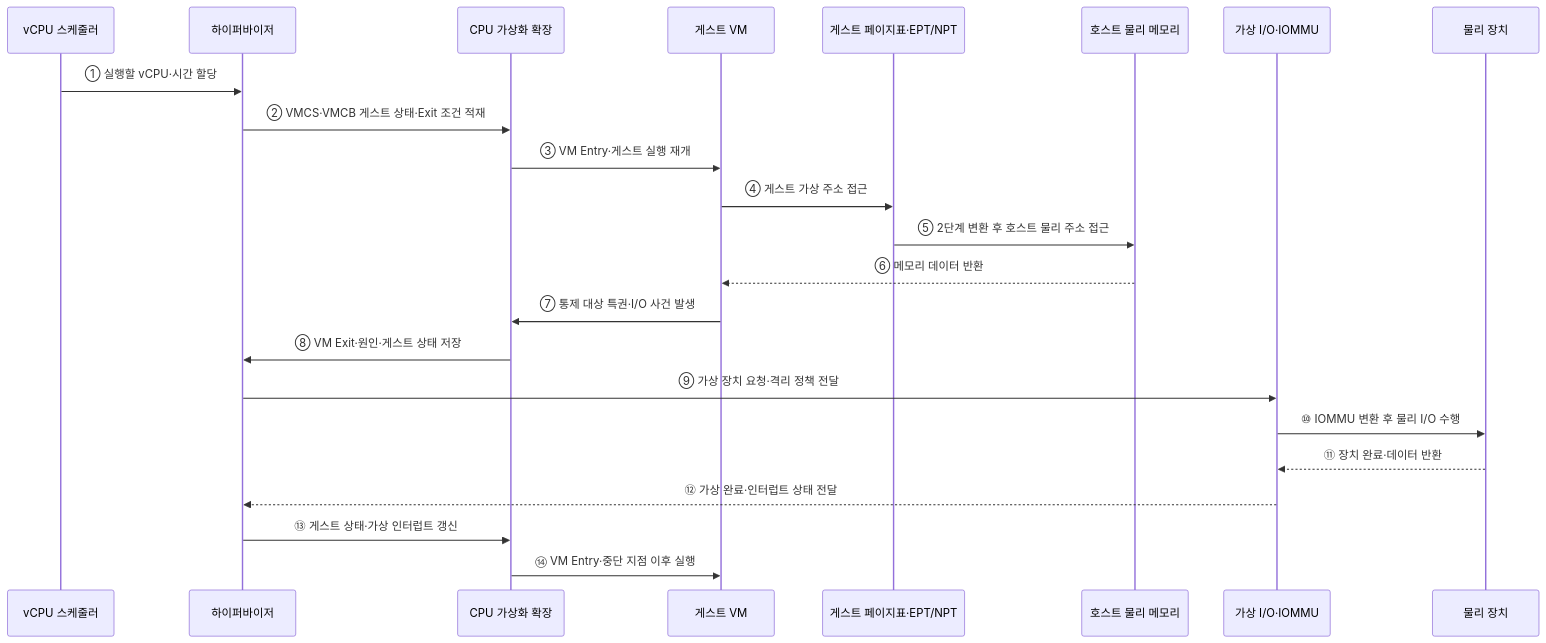
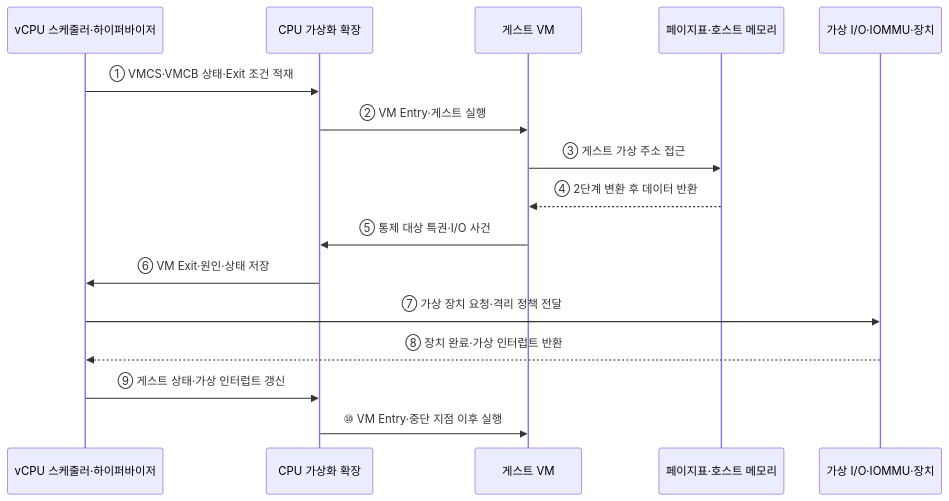
One commit to agnusdei1207/knowledge-base changed the second of 2 diagrams in src/content/docs/notes/02-hardware/085_hardware_virtualization.md. Above: the diagram before and after it, drawn with Mermaid. The commit also changed other lines of this file and 14 other files, not shown here.

````diff
--- a/src/content/docs/notes/02-hardware/085_hardware_virtualization.md
+++ b/src/content/docs/notes/02-hardware/085_hardware_virtualization.md
@@ -108,26 +99,19 @@
 ```mermaid
 sequenceDiagram
-    participant S as vCPU 스케줄러
-    participant H as 하이퍼바이저
+    participant S as vCPU 스케줄러·하이퍼바이저
     participant C as CPU 가상화 확장
     participant G as 게스트 VM
-    participant M as 게스트 페이지표·EPT/NPT
-    participant P as 호스트 물리 메모리
-    participant I as 가상 I/O·IOMMU
-    participant D as 물리 장치
+    participant M as 페이지표·호스트 메모리
+    participant I as 가상 I/O·IOMMU·장치
 
-    S->>H: ① 실행할 vCPU·시간 할당
-    H->>C: ② VMCS·VMCB 게스트 상태·Exit 조건 적재
-    C->>G: ③ VM Entry·게스트 실행 재개
-    G->>M: ④ 게스트 가상 주소 접근
-    M->>P: ⑤ 2단계 변환 후 호스트 물리 주소 접근
-    P-->>G: ⑥ 메모리 데이터 반환
-    G->>C: ⑦ 통제 대상 특권·I/O 사건 발생
-    C->>H: ⑧ VM Exit·원인·게스트 상태 저장
-    H->>I: ⑨ 가상 장치 요청·격리 정책 전달
-    I->>D: ⑩ IOMMU 변환 후 물리 I/O 수행
-    D-->>I: ⑪ 장치 완료·데이터 반환
-    I-->>H: ⑫ 가상 완료·인터럽트 상태 전달
-    H->>C: ⑬ 게스트 상태·가상 인터럽트 갱신
-    C->>G: ⑭ VM Entry·중단 지점 이후 실행
+    S->>C: ① VMCS·VMCB 상태·Exit 조건 적재
+    C->>G: ② VM Entry·게스트 실행
+    G->>M: ③ 게스트 가상 주소 접근
+    M-->>G: ④ 2단계 변환 후 데이터 반환
+    G->>C: ⑤ 통제 대상 특권·I/O 사건
+    C->>S: ⑥ VM Exit·원인·상태 저장
+    S->>I: ⑦ 가상 장치 요청·격리 정책 전달
+    I-->>S: ⑧ 장치 완료·가상 인터럽트 반환
+    S->>C: ⑨ 게스트 상태·가상 인터럽트 갱신
+    C->>G: ⑩ VM Entry·중단 지점 이후 실행
 ```
````
